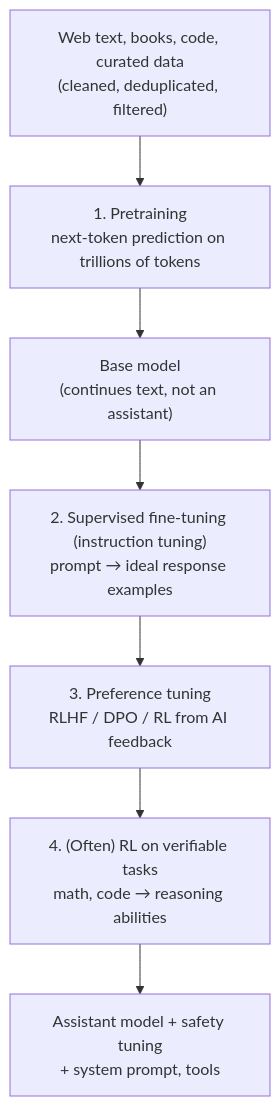
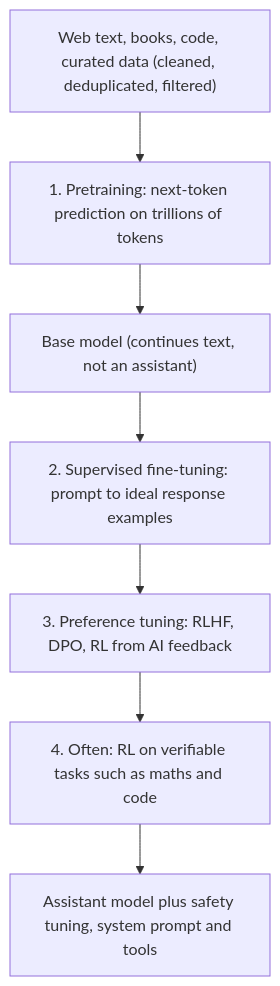
The third of 11 diagrams in topics/02-how-llms-work.md (AkshayAshokCode/AI-Interview-Questions-and-Answers), drawn with Mermaid before and after one commit. The commit also changed other lines of this file and 7 other files, not shown here.

````diff
--- a/topics/02-how-llms-work.md
+++ b/topics/02-how-llms-work.md
@@ -66,9 +171,9 @@
 ```mermaid
 flowchart TD
-    D["Web text, books, code, curated data<br/>(cleaned, deduplicated, filtered)"] --> PT["1. Pretraining<br/>next-token prediction on trillions of tokens"]
-    PT --> BASE["Base model<br/>(continues text, not an assistant)"]
-    BASE --> SFT["2. Supervised fine-tuning (instruction tuning)<br/>prompt → ideal response examples"]
-    SFT --> PREF["3. Preference tuning<br/>RLHF / DPO / RL from AI feedback"]
-    PREF --> RL["4. (Often) RL on verifiable tasks<br/>math, code → reasoning abilities"]
-    RL --> CHAT["Assistant model + safety tuning<br/>+ system prompt, tools"]
+    D["Web text, books, code, curated data (cleaned, deduplicated, filtered)"] --> PT["1. Pretraining: next-token prediction on trillions of tokens"]
+    PT --> BASE["Base model (continues text, not an assistant)"]
+    BASE --> SFT["2. Supervised fine-tuning: prompt to ideal response examples"]
+    SFT --> PREF["3. Preference tuning: RLHF, DPO, RL from AI feedback"]
+    PREF --> RL["4. Often: RL on verifiable tasks such as maths and code"]
+    RL --> CHAT["Assistant model plus safety tuning, system prompt and tools"]
 ```
````
